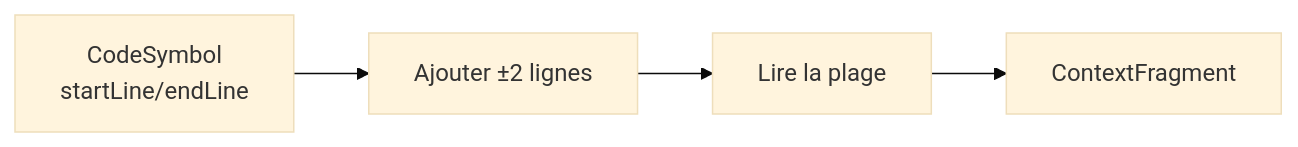
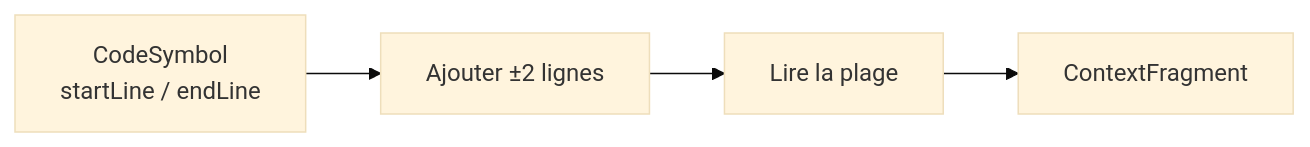
One commit to FTurleque/nexus-context-engine changed the third of 4 diagrams in docs/developer/context-building.md. Above: the diagram before and after it, drawn with Mermaid (base theme). The commit also changed other lines of this file, not shown here.

````diff
--- a/docs/developer/context-building.md
+++ b/docs/developer/context-building.md
@@ -225,7 +225,6 @@
 ```mermaid
 flowchart LR
-    AST[CodeSymbol
-startLine/endLine] --> PAD[Ajouter ±2 lignes]
+    AST["CodeSymbol<br/>startLine / endLine"] --> PAD[Ajouter ±2 lignes]
     PAD --> READ[Lire la plage]
     READ --> F[ContextFragment]
 ```
````
